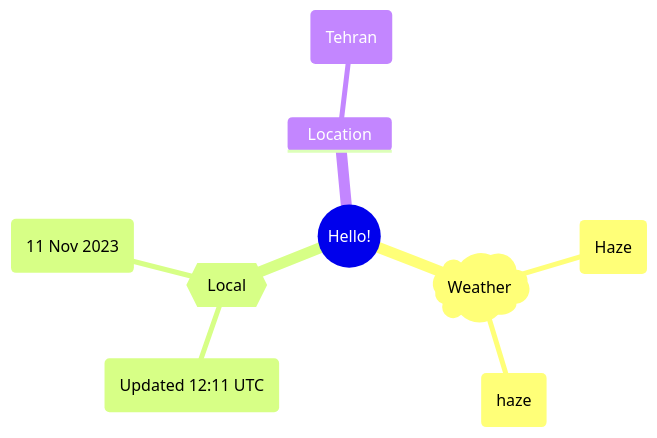
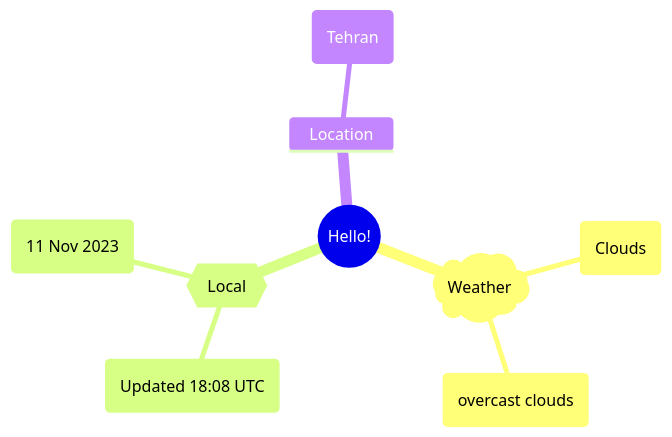
The first of 2 diagrams in README.md (Xosrov/Xosrov), drawn with Mermaid before and after one commit.

Commit message:
[bot] updated images

````diff
--- a/README.md
+++ b/README.md
@@ -3,12 +3,12 @@
 ```mermaid
 mindmap
   root((Hello!))
     )Weather(
-        (Haze)
-        (haze)
+        (Clouds)
+        (overcast clouds)
     {{Local}}
-        (Updated 12:11 UTC)
+        (Updated 18:08 UTC)
         (11 Nov 2023)
     Location
         (Tehran)
 ```
````
